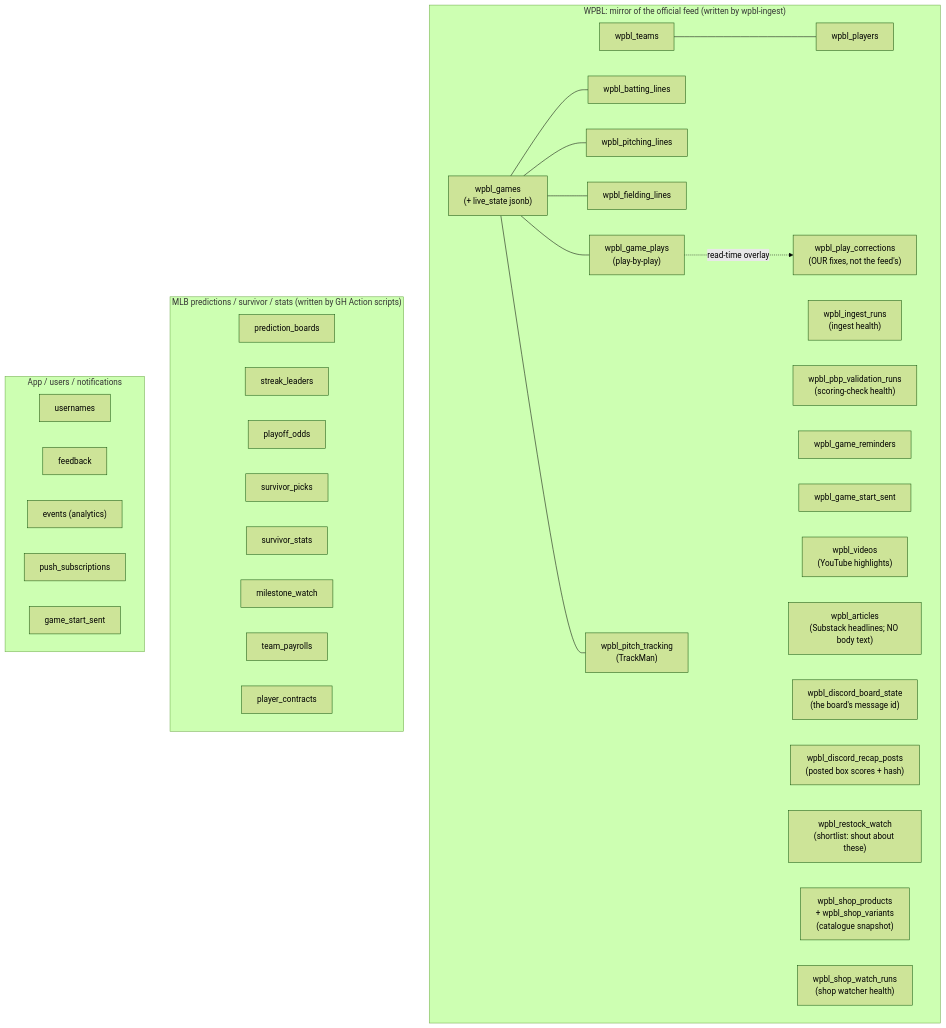
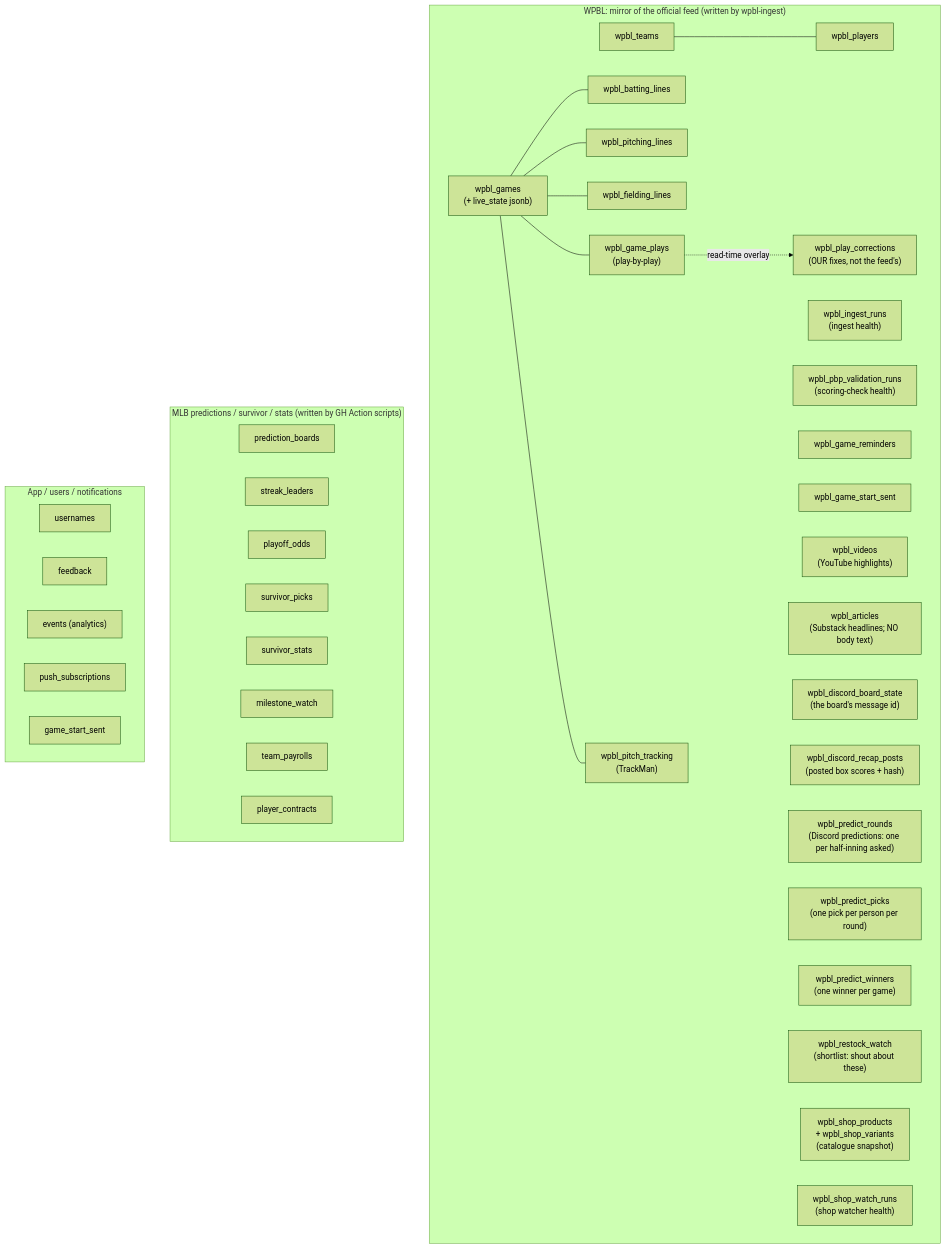
Before and after one commit to sportydolphin/fun: the third of 5 diagrams in ARCHITECTURE.md, drawn with Mermaid (forest theme). The commit also changed other lines of this file and 7 other files, not shown here.

````diff
--- a/ARCHITECTURE.md
+++ b/ARCHITECTURE.md
@@ -166,48 +168,51 @@
 ```mermaid
 flowchart TB
     subgraph WPBL["WPBL: mirror of the official feed (written by wpbl-ingest)"]
         t_teams["wpbl_teams"]
         t_players["wpbl_players"]
         t_games["wpbl_games<br/>(+ live_state jsonb)"]
         t_bat["wpbl_batting_lines"]
         t_pit["wpbl_pitching_lines"]
         t_field["wpbl_fielding_lines"]
         t_plays["wpbl_game_plays<br/>(play-by-play)"]
         t_track["wpbl_pitch_tracking<br/>(TrackMan)"]
         t_runs["wpbl_ingest_runs<br/>(ingest health)"]
         t_pbpval["wpbl_pbp_validation_runs<br/>(scoring-check health)"]
         t_rem["wpbl_game_reminders"]
         t_wsent["wpbl_game_start_sent"]
         t_vid["wpbl_videos<br/>(YouTube highlights)"]
         t_art["wpbl_articles<br/>(Substack headlines; NO body text)"]
         t_board["wpbl_discord_board_state<br/>(the board's message id)"]
         t_recap["wpbl_discord_recap_posts<br/>(posted box scores + hash)"]
+        t_pround["wpbl_predict_rounds<br/>(Discord predictions: one per half-inning asked)"]
+        t_ppick["wpbl_predict_picks<br/>(one pick per person per round)"]
+        t_pwin["wpbl_predict_winners<br/>(one winner per game)"]
         t_corr["wpbl_play_corrections<br/>(OUR fixes, not the feed's)"]
         t_restock["wpbl_restock_watch<br/>(shortlist: shout about these)"]
         t_shopp["wpbl_shop_products<br/>+ wpbl_shop_variants<br/>(catalogue snapshot)"]
         t_shopr["wpbl_shop_watch_runs<br/>(shop watcher health)"]
     end
 
     subgraph MLB["MLB predictions / survivor / stats (written by GH Action scripts)"]
         m_boards["prediction_boards"]
         m_streaks["streak_leaders"]
         m_odds["playoff_odds"]
         m_surv["survivor_picks"]
         m_survs["survivor_stats"]
         m_mile["milestone_watch"]
         m_pay["team_payrolls"]
         m_contract["player_contracts"]
     end
 
     subgraph APP["App / users / notifications"]
         a_users["usernames"]
         a_feed["feedback"]
         a_events["events (analytics)"]
         a_push["push_subscriptions"]
         a_sent["game_start_sent"]
     end
 
     t_teams --- t_players
     t_games --- t_bat & t_pit & t_field & t_plays & t_track
     t_plays -.->|read-time overlay| t_corr
 ```
````
